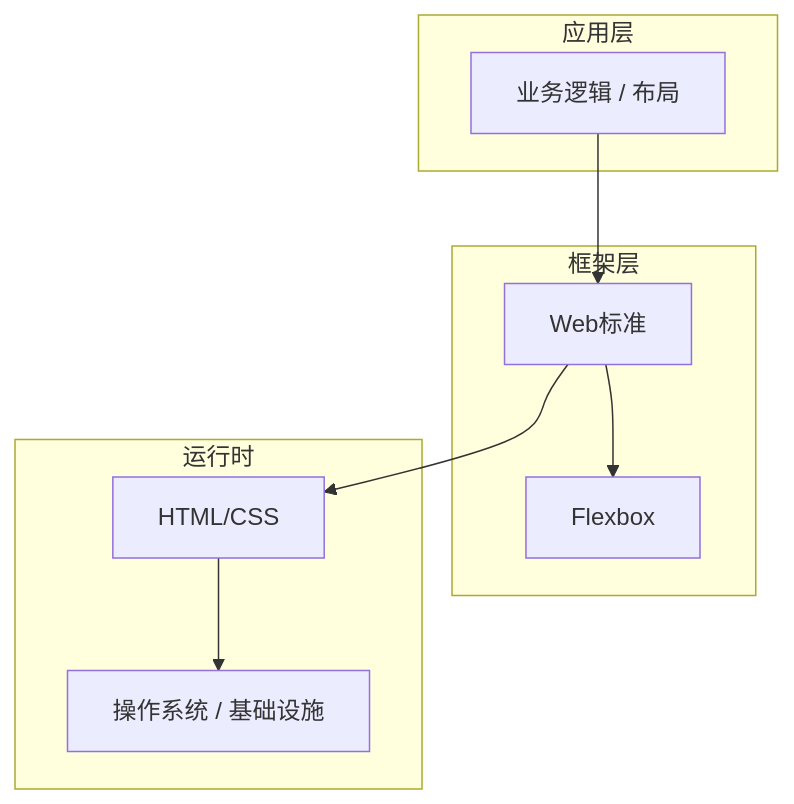
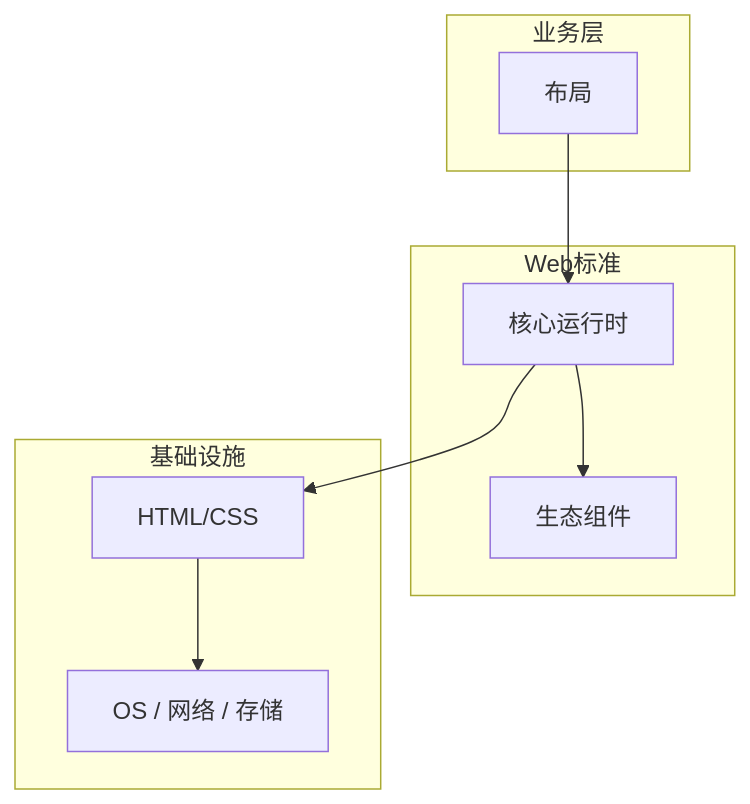
The diagram in articles/HTML与CSS/chapters/065-布局核心概念与原理.md (yanggan2015/knowledge-json-v2), drawn with Mermaid before and after one commit. The commit also changed other lines of this file and 10127 other files, not shown here.

````diff
--- a/articles/HTML与CSS/chapters/065-布局核心概念与原理.md
+++ b/articles/HTML与CSS/chapters/065-布局核心概念与原理.md
@@ -45,18 +34,18 @@
 ```mermaid
 graph TB
-    subgraph 应用层
-        A[业务逻辑 / 布局]
+    subgraph 业务层
+        A[布局]
     end
-    subgraph 框架层
-        B[Web标准]
-        C[Flexbox]
+    subgraph Web标准
+        B[核心运行时]
+        C[生态组件]
     end
-    subgraph 运行时
+    subgraph 基础设施
         D[HTML/CSS]
-        E[操作系统 / 基础设施]
+        E[OS / 网络 / 存储]
     end
     A --> B
     B --> C
     B --> D
     D --> E
 ```
````
